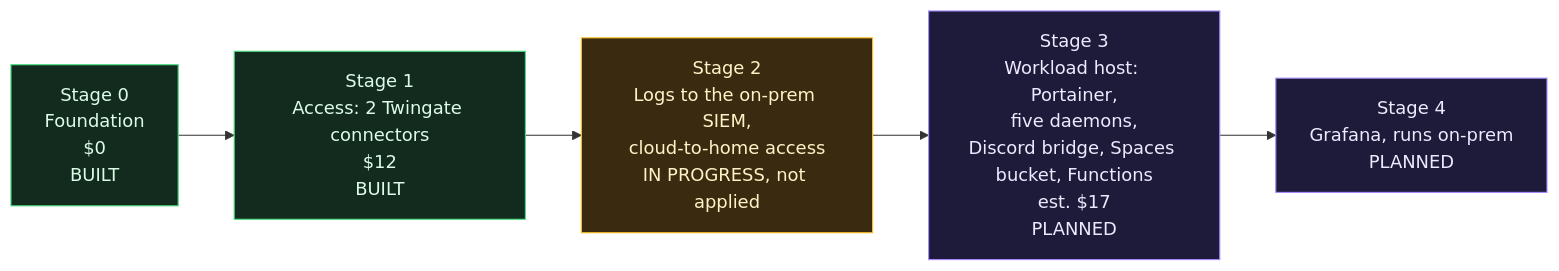
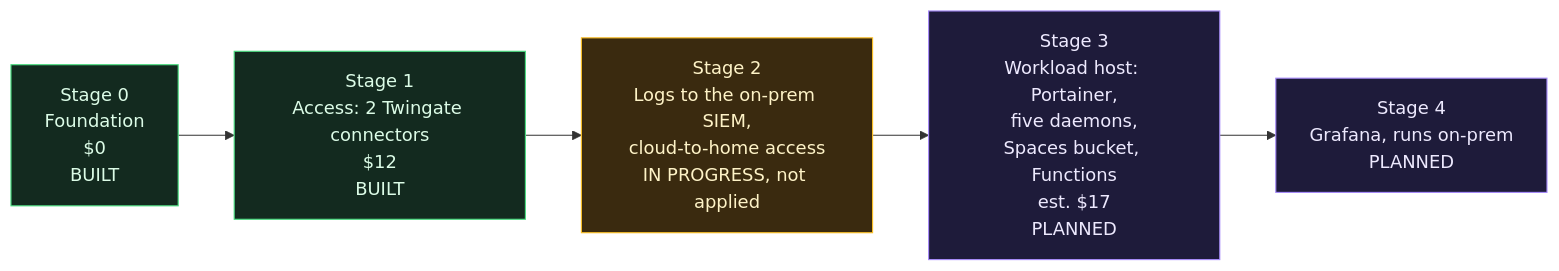
One commit to ChiefGyk3D/Clouds-Against-Humanity changed the diagram in docs/wiki/Roadmap.md. Above: the diagram before and after it, drawn with Mermaid. The commit also changed other lines of this file and 14 other files, not shown here.

First line of the commit message:
docs: remove the self-hosted Discord-to-Matrix bridge from the stage 3 plan (etke.cc hosts it) (#254)

````diff
--- a/docs/wiki/Roadmap.md
+++ b/docs/wiki/Roadmap.md
@@ -14,13 +14,13 @@
 ```mermaid
 flowchart LR
     s0["Stage 0<br/>Foundation<br/>$0<br/>BUILT"]:::done
     s1["Stage 1<br/>Access: 2 Twingate connectors<br/>$12<br/>BUILT"]:::done
     s2["Stage 2<br/>Logs to the on-prem SIEM,<br/>cloud-to-home access<br/>IN PROGRESS, not applied"]:::wip
-    s3["Stage 3<br/>Workload host: Portainer,<br/>five daemons,<br/>Discord bridge, Spaces bucket, Functions<br/>est. $17<br/>PLANNED"]:::plan
+    s3["Stage 3<br/>Workload host: Portainer,<br/>five daemons,<br/>Spaces bucket, Functions<br/>est. $17<br/>PLANNED"]:::plan
     s4["Stage 4<br/>Grafana, runs on-prem<br/>PLANNED"]:::plan
     s0 --> s1 --> s2 --> s3 --> s4
 
     classDef done fill:#132a1f,stroke:#4ade80,color:#dcfce7
     classDef wip fill:#3a2a0f,stroke:#fbbf24,color:#fef3c7
     classDef plan fill:#1e1b3a,stroke:#a78bfa,color:#ede9fe
 ```
````
